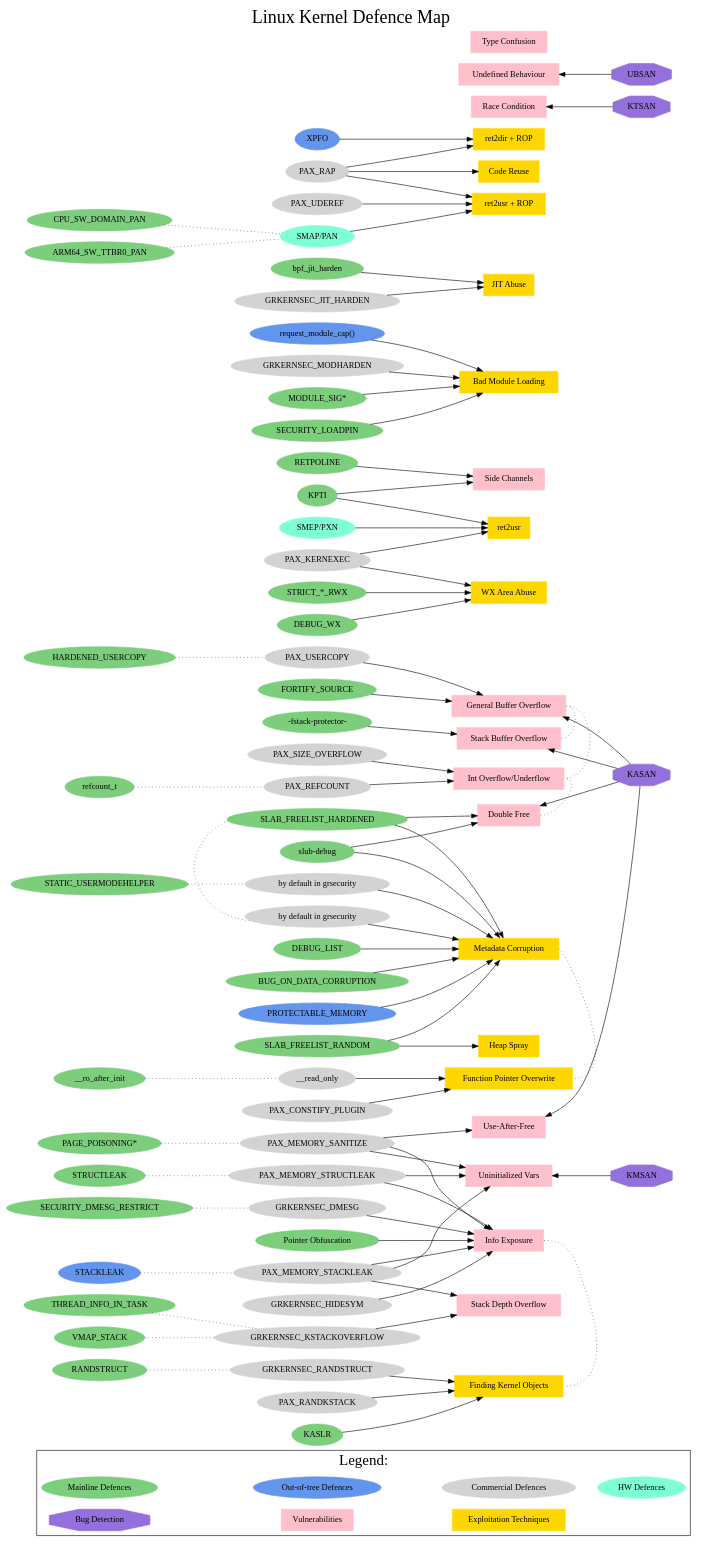
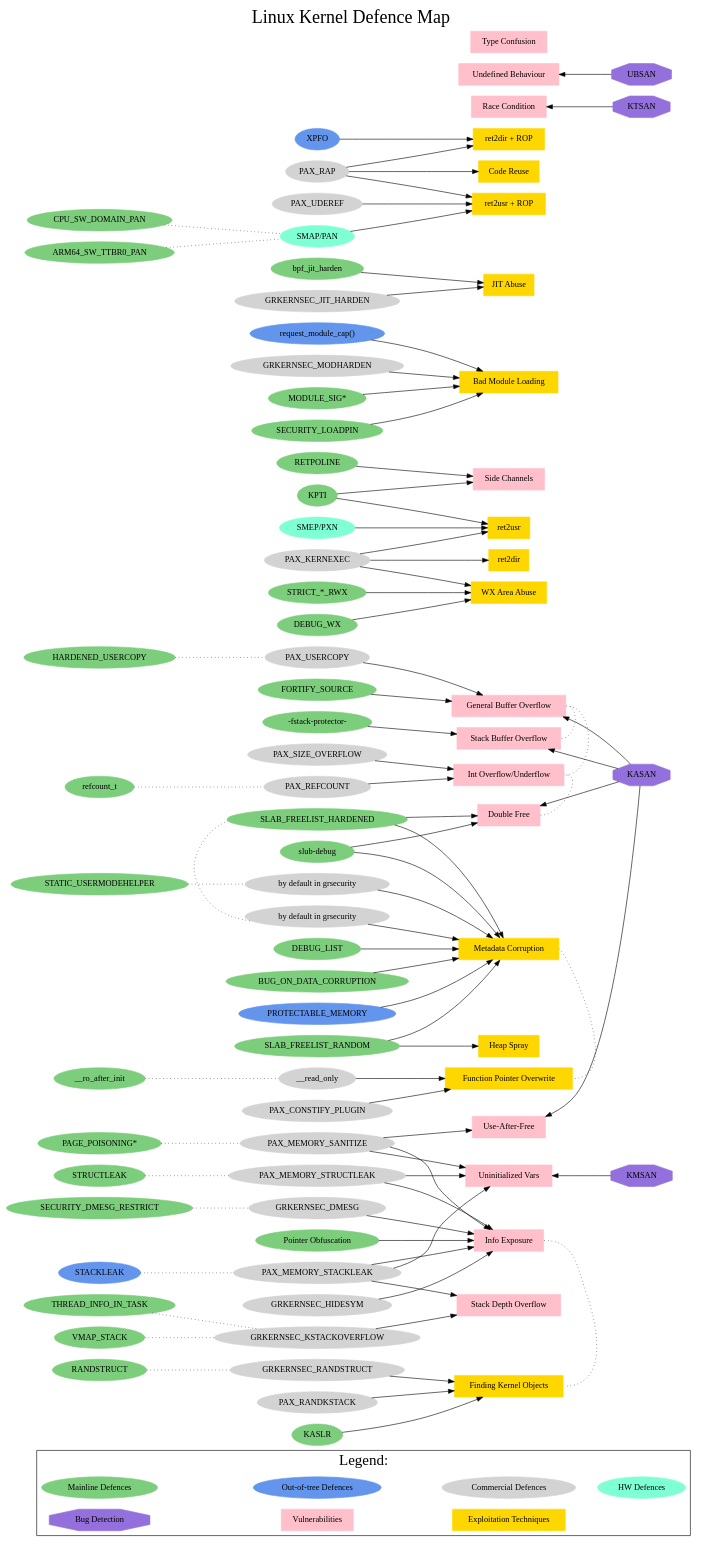
The diagram in linux-kernel-defence-map.dot (a13xp0p0v/linux-kernel-defence-map), drawn with Graphviz before and after one commit.

Commit message:
PAX_KERNEXEC beats ret2dir (thanks to Brad Spengler)

```diff
--- a/linux-kernel-defence-map.dot
+++ b/linux-kernel-defence-map.dot
@@ -180,6 +180,7 @@
     "Code Reuse";
     "ret2usr";
     "ret2usr + ROP";
+    "ret2dir";
     "ret2dir + ROP";
     "Finding Kernel Objects";
     "JIT Abuse";
@@ -275,6 +276,8 @@
   "SMAP/PAN" -> "ret2usr + ROP";
   "PAX_RAP" -> "ret2usr + ROP";
 
+  "PAX_KERNEXEC" -> "ret2dir";
+
   "XPFO" -> "ret2dir + ROP";
   "PAX_RAP" -> "ret2dir + ROP";
 
```
